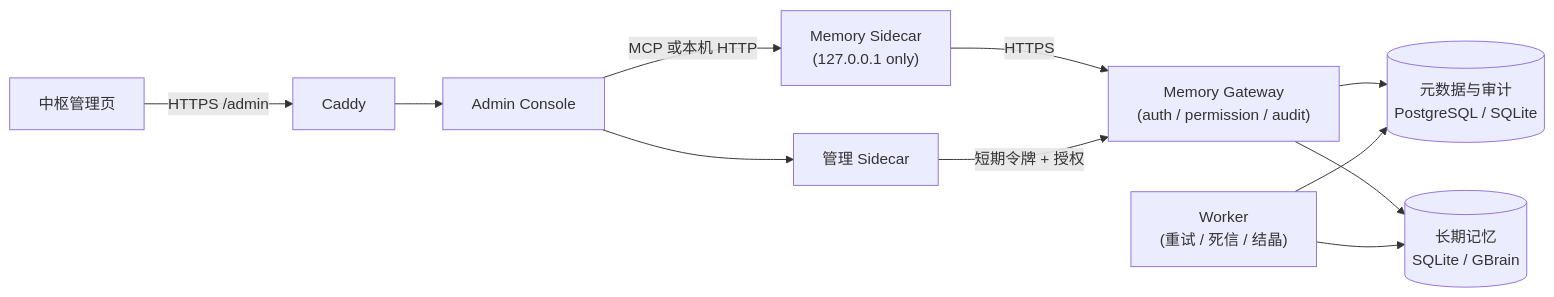
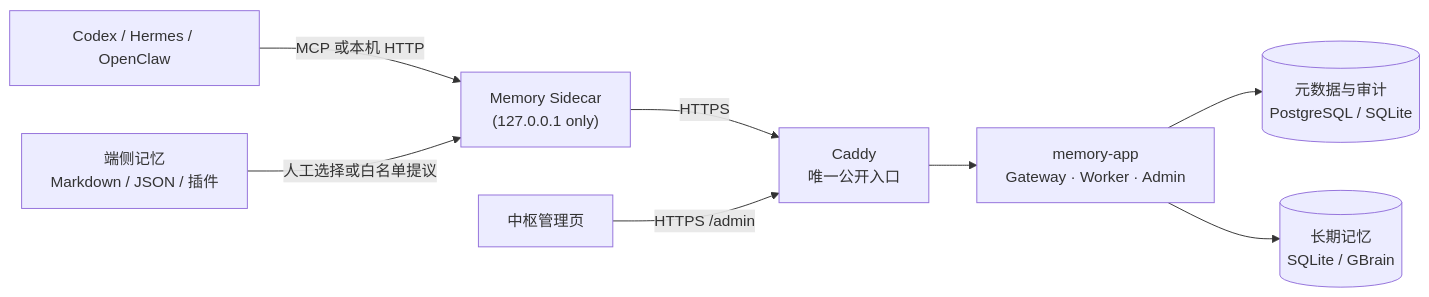
Before and after one commit to Buildlee/agent-memory-gateway: the diagram in README.md, drawn with Mermaid. The commit also changed other lines of this file and 45 other files, not shown here.

````diff
--- a/README.md
+++ b/README.md
@@ -58,13 +60,10 @@
 ```mermaid
 flowchart LR
   A["Codex / Hermes / OpenClaw"] -->|MCP 或本机 HTTP| S["Memory Sidecar<br/>(127.0.0.1 only)"]
-  S -->|HTTPS| G["Memory Gateway<br/>(auth / permission / audit)"]
-  G --> M[("元数据与审计<br/>PostgreSQL / SQLite")]
-  G --> B[("长期记忆<br/>SQLite / GBrain")]
-  W["Worker<br/>(重试 / 死信 / 结晶)"] --> M
-  W --> B
-  R["中枢管理页"] -->|"HTTPS /admin"| P["Caddy"]
-  P --> A["Admin Console"]
-  A --> AS["管理 Sidecar"]
-  AS -->|"短期令牌 + 授权"| G
+  S -->|HTTPS| P["Caddy<br/>唯一公开入口"]
+  P --> APP["memory-app<br/>Gateway · Worker · Admin"]
+  APP --> M[("元数据与审计<br/>PostgreSQL / SQLite")]
+  APP --> B[("长期记忆<br/>SQLite / GBrain")]
+  L["端侧记忆<br/>Markdown / JSON / 插件"] -->|"人工选择或白名单提议"| S
+  R["中枢管理页"] -->|"HTTPS /admin"| P
 ```
````
